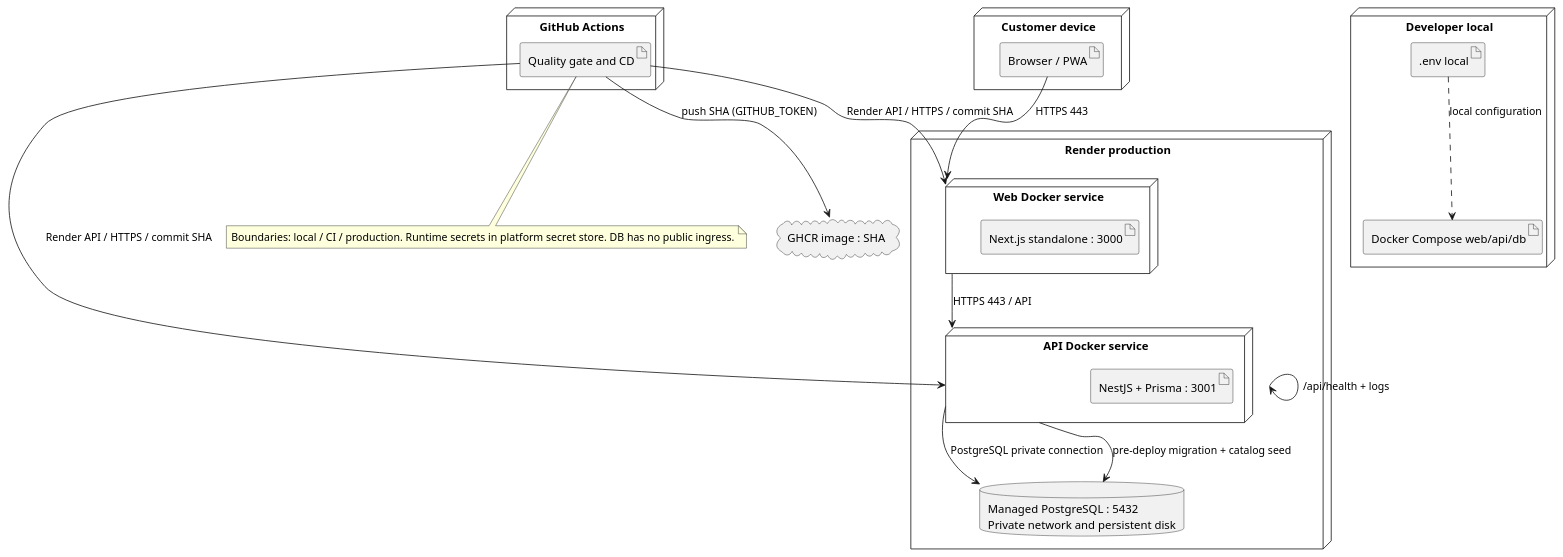
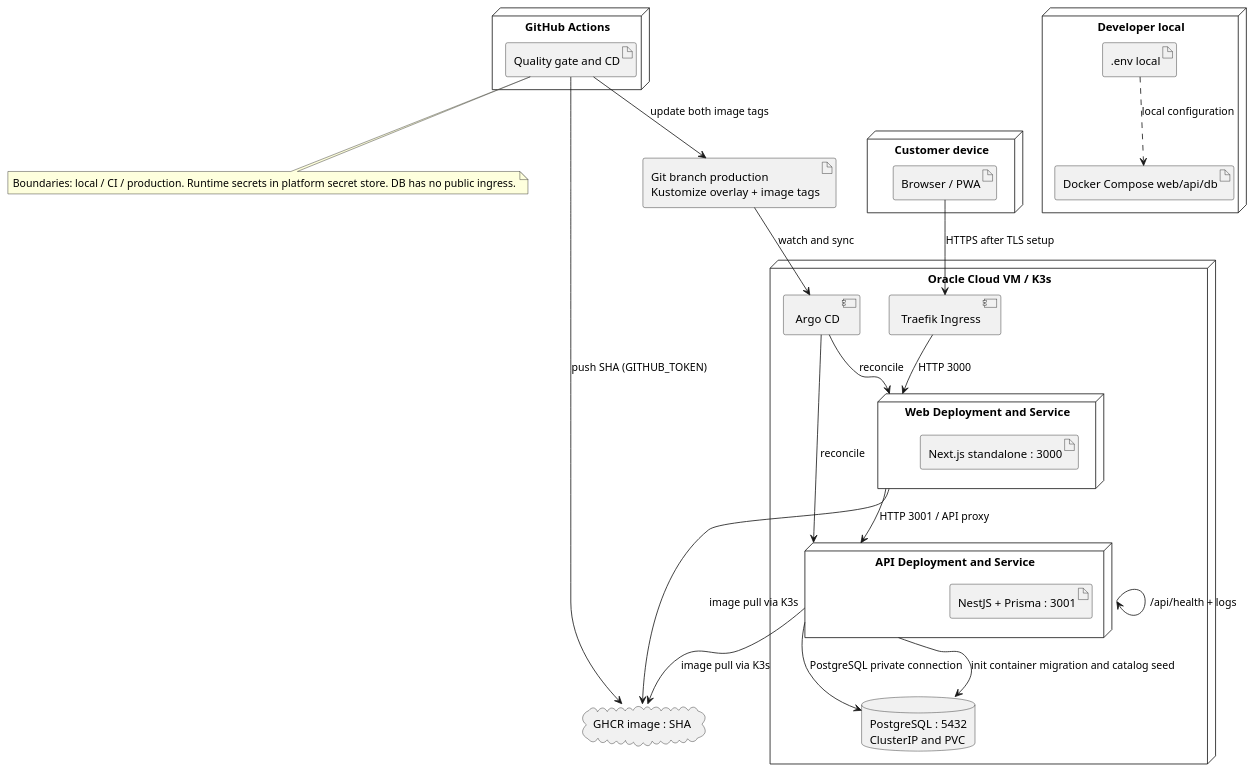
The diagram in docs/diagrams/deployment-production.puml (Myngoc09/assignment2_brewlite), drawn with PlantUML before and after one commit. The commit also changed 26 other files, not shown here.

```diff
--- a/docs/diagrams/deployment-production.puml
+++ b/docs/diagrams/deployment-production.puml
@@ -1,34 +1,42 @@
 @startuml
 node "Customer device" {
   artifact "Browser / PWA" as PWA
 }
 node "GitHub Actions" {
   artifact "Quality gate and CD" as CI
 }
 cloud "GHCR image : SHA" as REG
-node "Render production" {
-  node "Web Docker service" as WEB {
+artifact "Git branch production\nKustomize overlay + image tags" as GIT
+node "Oracle Cloud VM / K3s" {
+  component "Argo CD" as ARGO
+  component "Traefik Ingress" as INGRESS
+  node "Web Deployment and Service" as WEB {
     artifact "Next.js standalone : 3000" as NEXT
   }
-  node "API Docker service" as API {
+  node "API Deployment and Service" as API {
     artifact "NestJS + Prisma : 3001" as NEST
   }
-  database "Managed PostgreSQL : 5432\nPrivate network and persistent disk" as DB
+  database "PostgreSQL : 5432\nClusterIP and PVC" as DB
 }
 node "Developer local" {
   artifact "Docker Compose web/api/db" as LOCAL
   artifact ".env local" as ENV
 }
-PWA --> WEB : HTTPS 443
-WEB --> API : HTTPS 443 / API
+PWA --> INGRESS : HTTPS after TLS setup
+INGRESS --> WEB : HTTP 3000
+WEB --> API : HTTP 3001 / API proxy
 API --> DB : PostgreSQL private connection
 CI --> REG : push SHA (GITHUB_TOKEN)
-CI --> WEB : Render API / HTTPS / commit SHA
-CI --> API : Render API / HTTPS / commit SHA
-API --> DB : pre-deploy migration + catalog seed
+CI --> GIT : update both image tags
+GIT --> ARGO : watch and sync
+ARGO --> WEB : reconcile
+ARGO --> API : reconcile
+WEB --> REG : image pull via K3s
+API --> REG : image pull via K3s
+API --> DB : init container migration and catalog seed
 API --> API : /api/health + logs
 ENV ..> LOCAL : local configuration
 note bottom of CI
 Boundaries: local / CI / production. Runtime secrets in platform secret store. DB has no public ingress.
 end note
 @enduml
```
